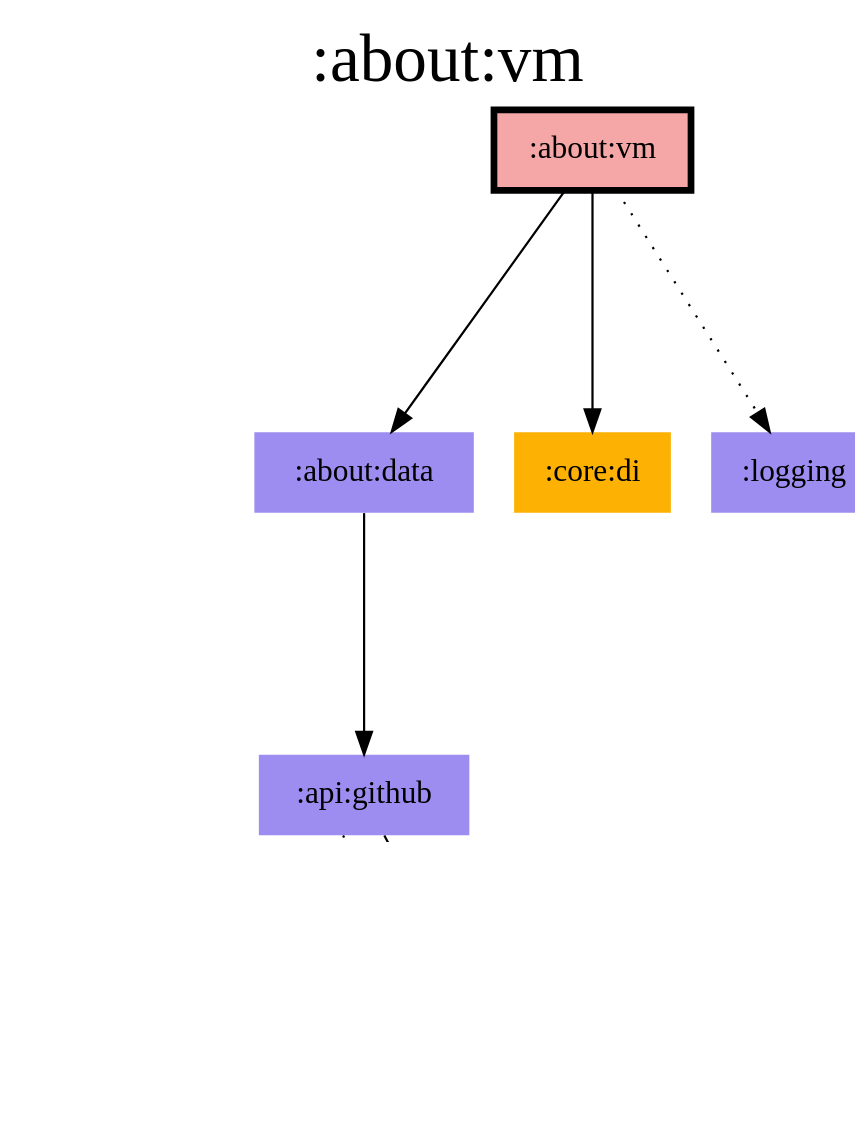
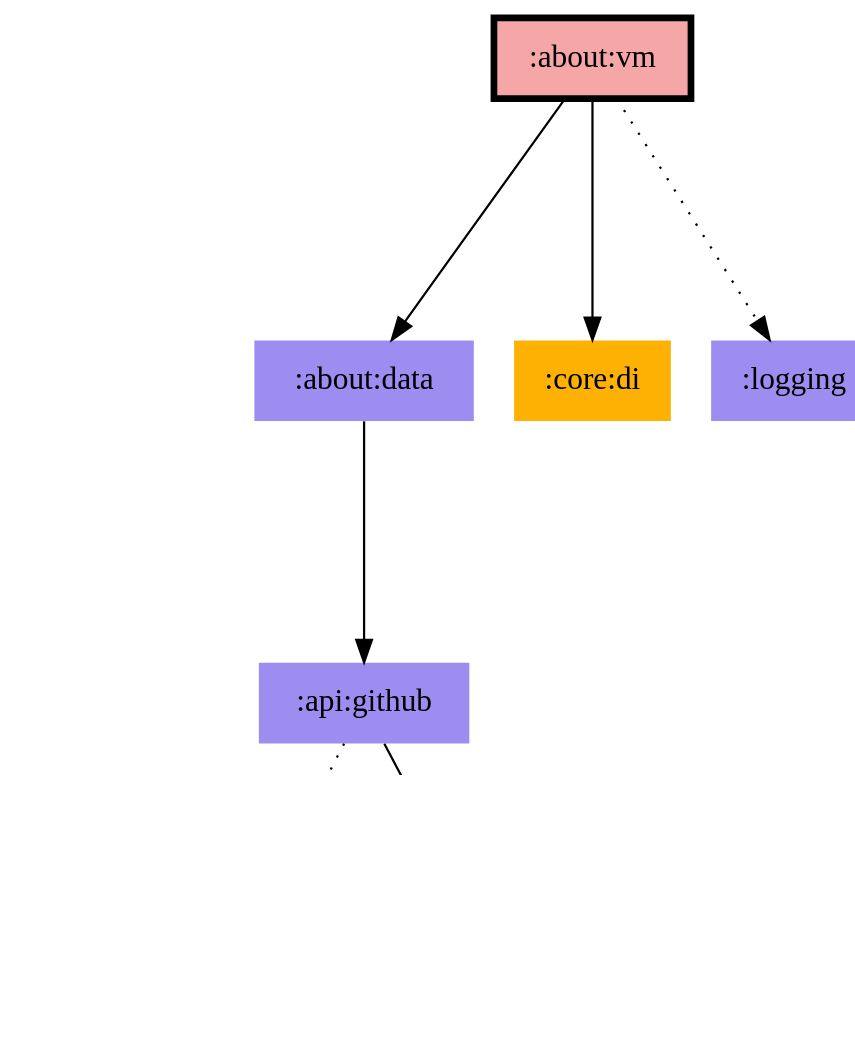
One commit to jonapoul/aktual changed the diagram in modules/about/vm/modules.dot. Above: the diagram before and after it, drawn with Graphviz. The commit also changed 87 other files, not shown here.

Commit message:
Remove graphviz

```diff
--- a/modules/about/vm/modules.dot
+++ b/modules/about/vm/modules.dot
@@ -1,23 +1,18 @@
 digraph {
 edge ["dir"="forward"]
-graph ["dpi"="100","label"=":about:vm","labelloc"="t","fontsize"="30","ranksep"="1.5","rankdir"="TB"]
+graph ["dpi"="100","fontsize"="30","ranksep"="1.5","rankdir"="TB"]
 node ["style"="filled"]
 ":about:data" ["fillcolor"="#9D8DF1","shape"="none"]
 ":about:vm" ["fillcolor"="#F5A6A6","color"="black","penwidth"="3","shape"="box"]
 ":api:github" ["fillcolor"="#9D8DF1","shape"="none"]
 ":codegen:annotation" ["fillcolor"="#9D8DF1","shape"="none"]
 ":core:di" ["fillcolor"="#FCB103","shape"="none"]
 ":core:model" ["fillcolor"="#9D8DF1","shape"="none"]
 ":logging" ["fillcolor"="#9D8DF1","shape"="none"]
-{
-edge ["dir"="none"]
-graph ["rank"="same"]
-":about:vm"
-}
 ":about:data" -> ":api:github"
 ":about:vm" -> ":about:data"
 ":about:vm" -> ":core:di"
 ":about:vm" -> ":logging" ["style"="dotted"]
 ":api:github" -> ":codegen:annotation" ["style"="dotted"]
 ":api:github" -> ":core:model"
 }
```
